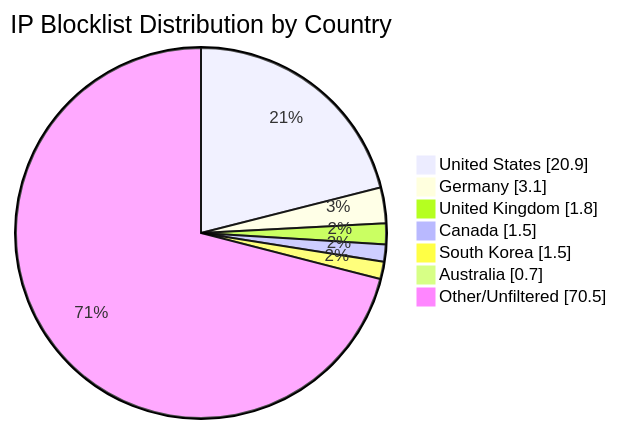
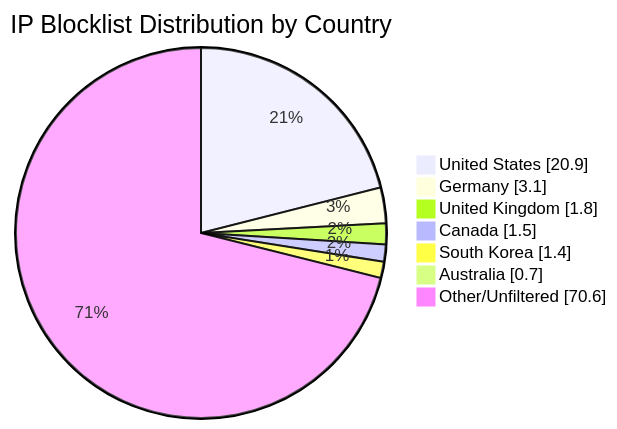
The diagram in README.md (MarcusHoltz/ipblocklist-geofiltered-aggregator), drawn with Mermaid before and after one commit. The commit also changed other lines of this file and 9 other files, not shown here.

````diff
--- a/README.md
+++ b/README.md
@@ -34,10 +34,10 @@
 ```mermaid
 pie showData title IP Blocklist Distribution by Country
 "United States" : 20.9
 "Germany" : 3.1
 "United Kingdom" : 1.8
 "Canada" : 1.5
-"South Korea" : 1.5
+"South Korea" : 1.4
 "Australia" : 0.7
-"Other/Unfiltered" : 70.5
+"Other/Unfiltered" : 70.6
 ```
````
